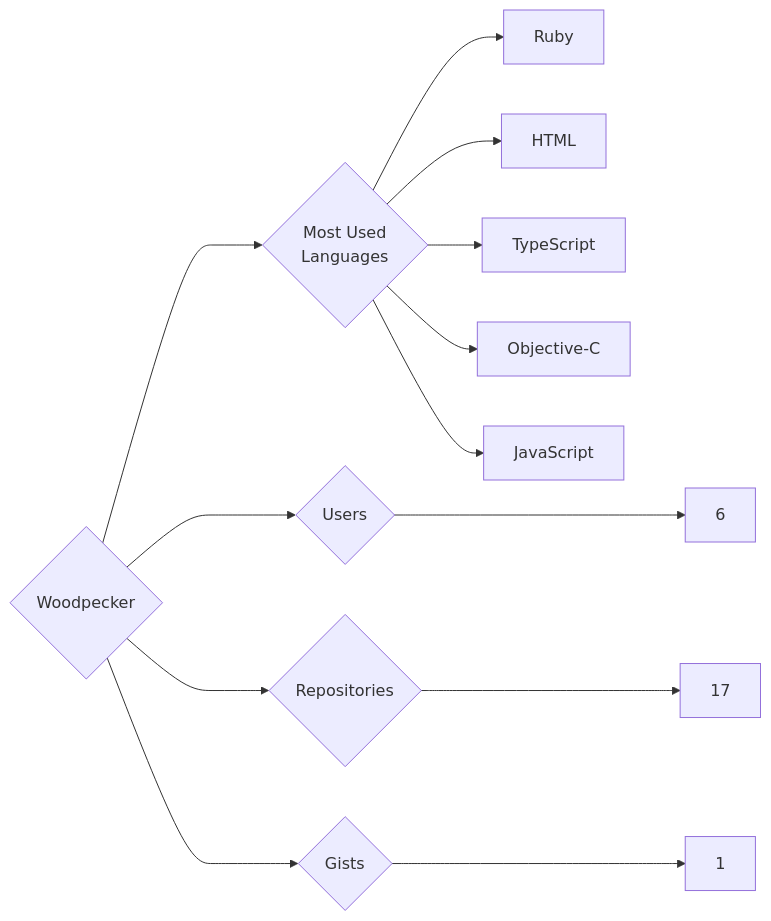
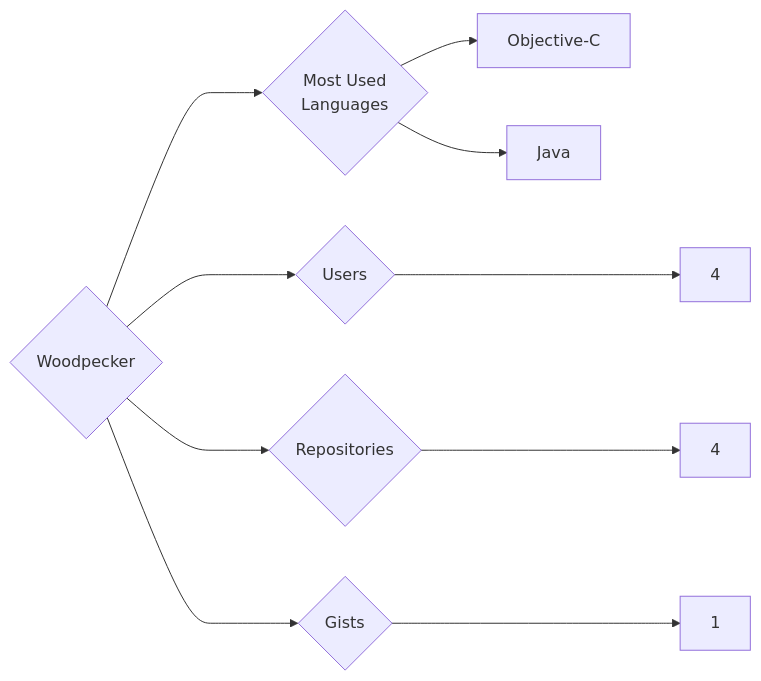
Before and after one commit to trickest/insiders: the diagram in targets/Woodpecker/README.md, drawn with Mermaid. The commit also changed 1248 other files, not shown here.

````diff
--- a/targets/Woodpecker/README.md
+++ b/targets/Woodpecker/README.md
@@ -3,13 +3,10 @@
 ```mermaid
 graph LR
 COMPANY_NAME{Woodpecker}
-COMPANY_NAME ---> U{Users} ---> UN[6]
-COMPANY_NAME ---> R{Repositories} ---> RN[17]
+COMPANY_NAME ---> U{Users} ---> UN[4]
+COMPANY_NAME ---> R{Repositories} ---> RN[4]
 COMPANY_NAME ---> G{Gists} ---> GN[1]
 COMPANY_NAME ---> ML{Most Used<br>Languages}
-ML --> Ruby[Ruby]
-ML --> HTML[HTML]
-ML --> TypeScript[TypeScript]
 ML --> Objective-C[Objective-C]
-ML --> JavaScript[JavaScript]
+ML --> Java[Java]
 ```
````
